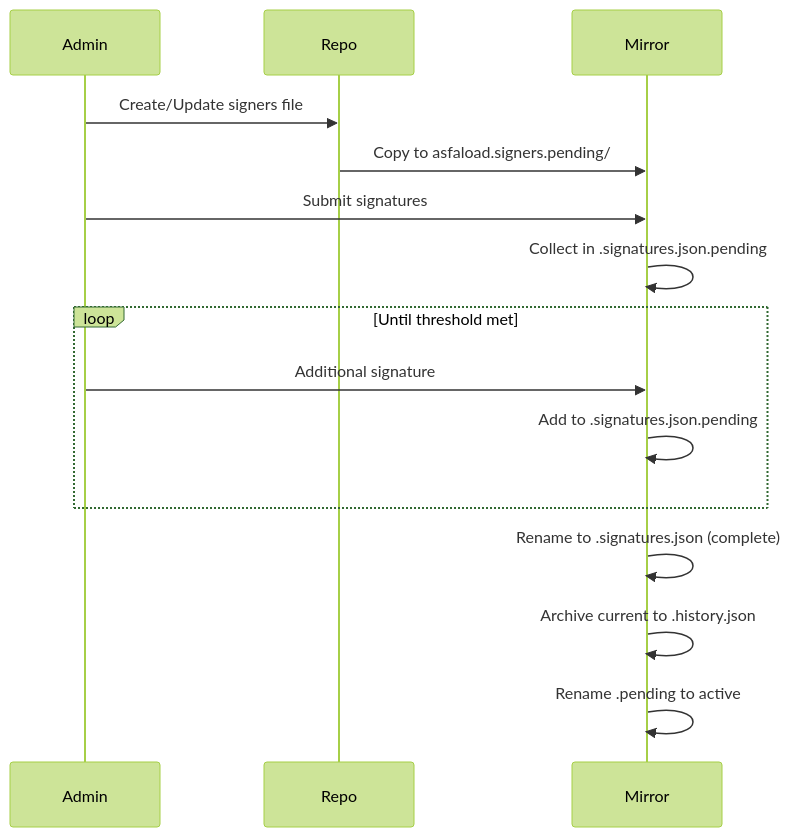
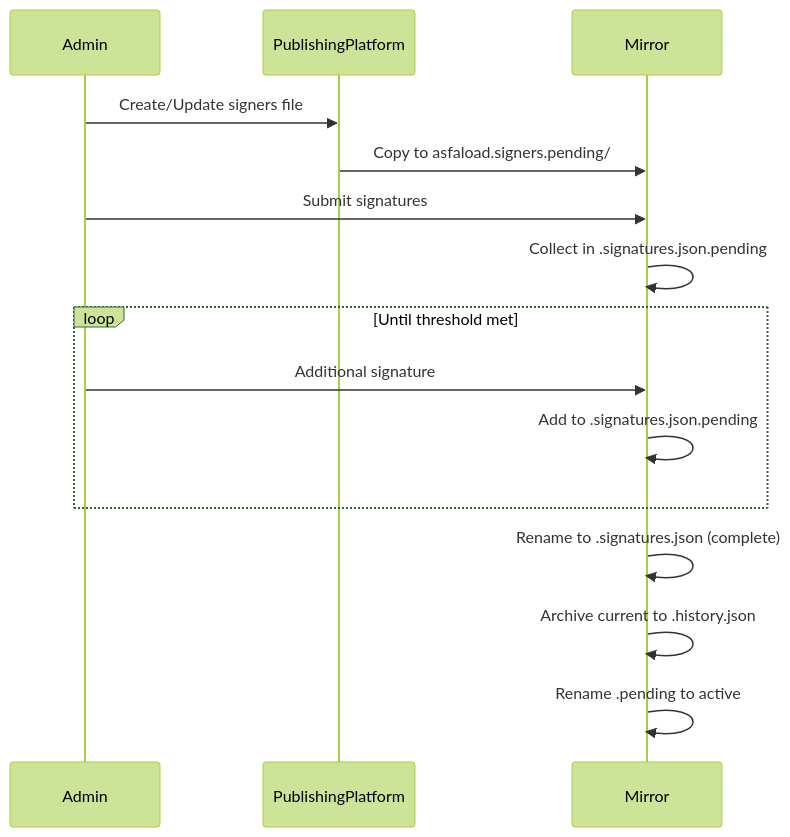
Before and after one commit to asfaload/spec: the third of 8 diagrams in spec.md, drawn with Mermaid (forest theme). The commit also changed other lines of this file, not shown here.

````diff
--- a/spec.md
+++ b/spec.md
@@ -117,18 +127,18 @@
 ```mermaid
 sequenceDiagram
     participant Admin
-    participant Repo
+    participant PublishingPlatform
     participant Mirror
 
-    Admin->>Repo: Create/Update signers file
-    Repo->>Mirror: Copy to asfaload.signers.pending/
+    Admin->>PublishingPlatform: Create/Update signers file
+    PublishingPlatform->>Mirror: Copy to asfaload.signers.pending/
     Admin->>Mirror: Submit signatures
     Mirror->>Mirror: Collect in .signatures.json.pending
     loop Until threshold met
         Admin->>Mirror: Additional signature
         Mirror->>Mirror: Add to .signatures.json.pending
     end
     Mirror->>Mirror: Rename to .signatures.json (complete)
     Mirror->>Mirror: Archive current to .history.json
     Mirror->>Mirror: Rename .pending to active
 ```
````
